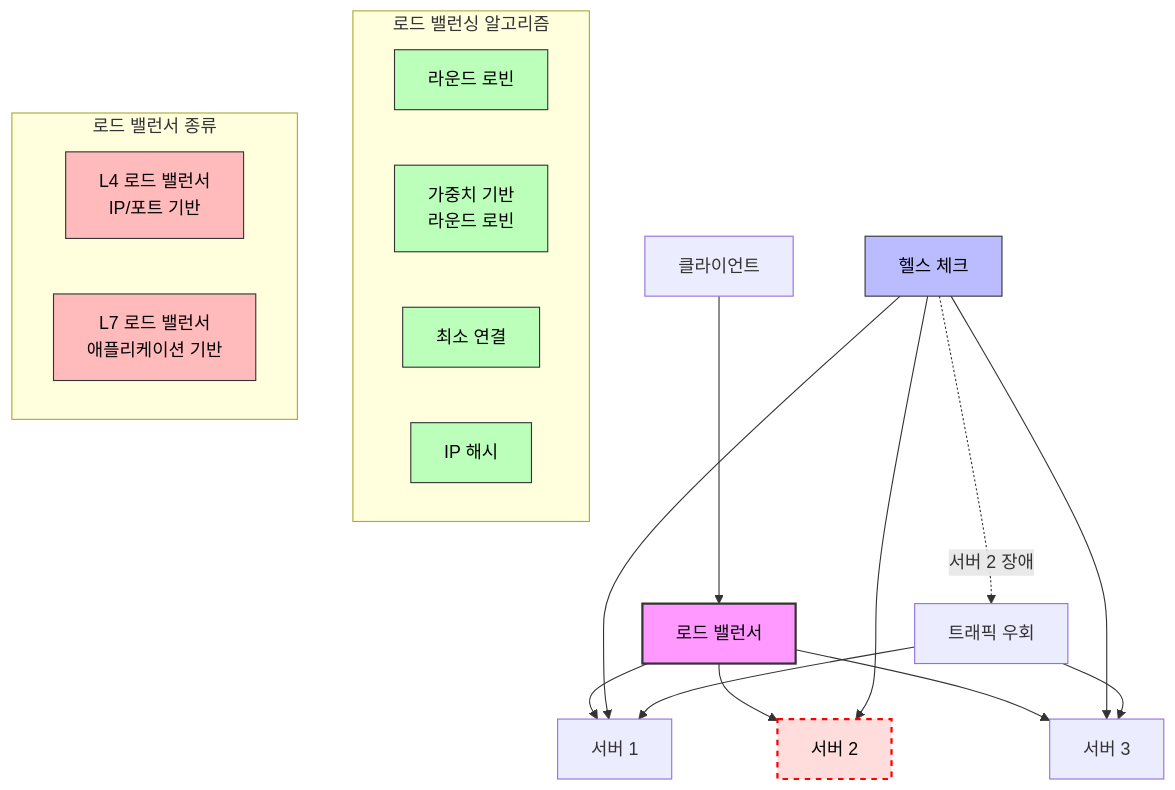
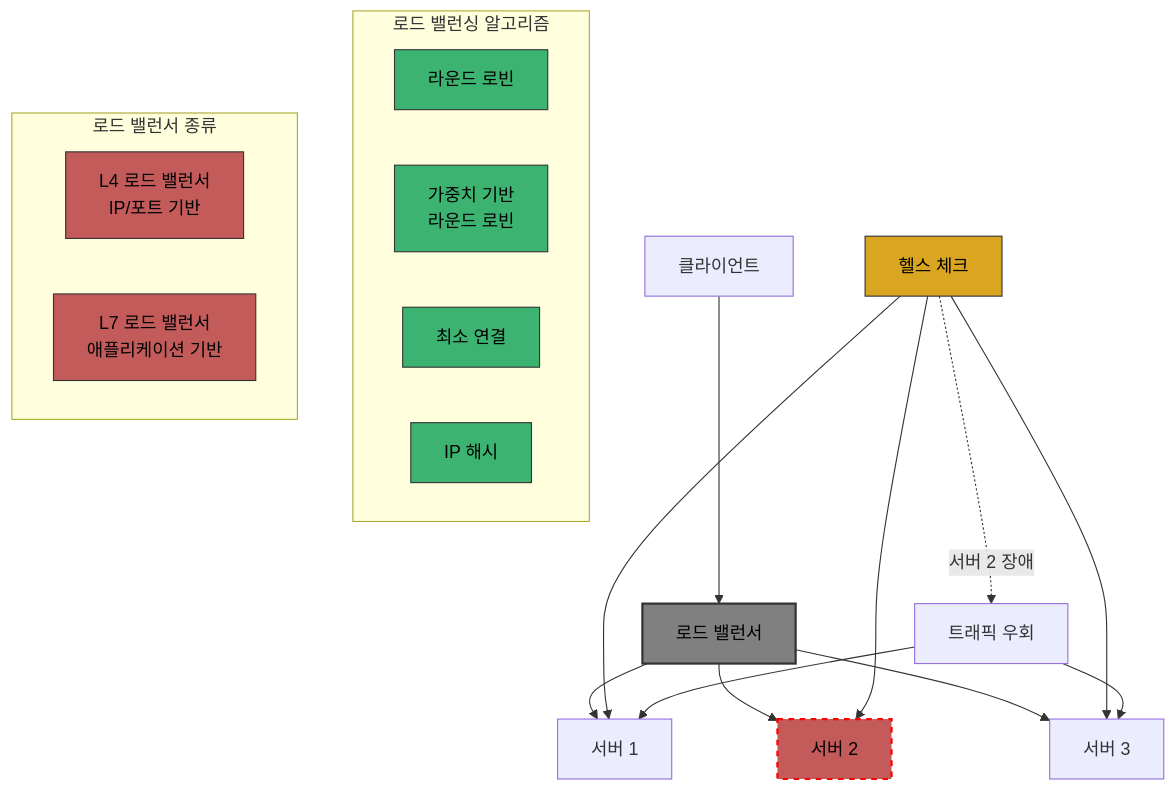
One commit to KalGookSoo/network-basic changed the third of 4 diagrams in chapters/07-1_stability_technology.md. Above: the diagram before and after it, drawn with Mermaid. The commit also changed other lines of this file and 3 other files, not shown here.

Commit message:
docs: 표 시각 개선 - 다이어그램 색상 일관성 및 가독성 향상

````diff
--- a/chapters/07-1_stability_technology.md
+++ b/chapters/07-1_stability_technology.md
@@ -99,36 +99,36 @@
 ```mermaid
 graph TD
     A[클라이언트] --> B[로드 밸런서]
     B --> C[서버 1]
     B --> D[서버 2]
     B --> E[서버 3]
 
     subgraph "로드 밸런싱 알고리즘"
         F1[라운드 로빈]
         F2[가중치 기반<br>라운드 로빈]
         F3[최소 연결]
         F4[IP 해시]
     end
 
     subgraph "로드 밸런서 종류"
         G1[L4 로드 밸런서<br>IP/포트 기반]
         G2[L7 로드 밸런서<br>애플리케이션 기반]
     end
 
     H[헬스 체크] --> C
     H --> D
     H --> E
     H -.-> |"서버 2 장애"| I["트래픽 우회"]
     I --> C
     I --> E
 
-    style B fill:#f9f, stroke:#333, stroke-width:2px, color:#000
-    style H fill:#bbf, stroke:#333, stroke-width:1px, color:#000
-    style F1 fill:#bfb, stroke:#333, stroke-width:1px, color:#000
-    style F2 fill:#bfb, stroke:#333, stroke-width:1px, color:#000
-    style F3 fill:#bfb, stroke:#333, stroke-width:1px, color:#000
-    style F4 fill:#bfb, stroke:#333, stroke-width:1px, color:#000
-    style G1 fill:#fbb, stroke:#333, stroke-width:1px, color:#000
-    style G2 fill:#fbb, stroke:#333, stroke-width:1px, color:#000
-    style D fill:#fdd, stroke:#f00, stroke-width:2px, stroke-dasharray: 5 5, color:#000
+    style B fill:#808080, stroke:#333, stroke-width:2px, color:#000
+    style H fill:#daa520, stroke:#333, stroke-width:1px, color:#000
+    style F1 fill:#3cb371, stroke:#333, stroke-width:1px, color:#000
+    style F2 fill:#3cb371, stroke:#333, stroke-width:1px, color:#000
+    style F3 fill:#3cb371, stroke:#333, stroke-width:1px, color:#000
+    style F4 fill:#3cb371, stroke:#333, stroke-width:1px, color:#000
+    style G1 fill:#c35b5b, stroke:#333, stroke-width:1px, color:#000
+    style G2 fill:#c35b5b, stroke:#333, stroke-width:1px, color:#000
+    style D fill:#c35b5b, stroke:#f00, stroke-width:2px, stroke-dasharray: 5 5, color:#000
 ```
````
